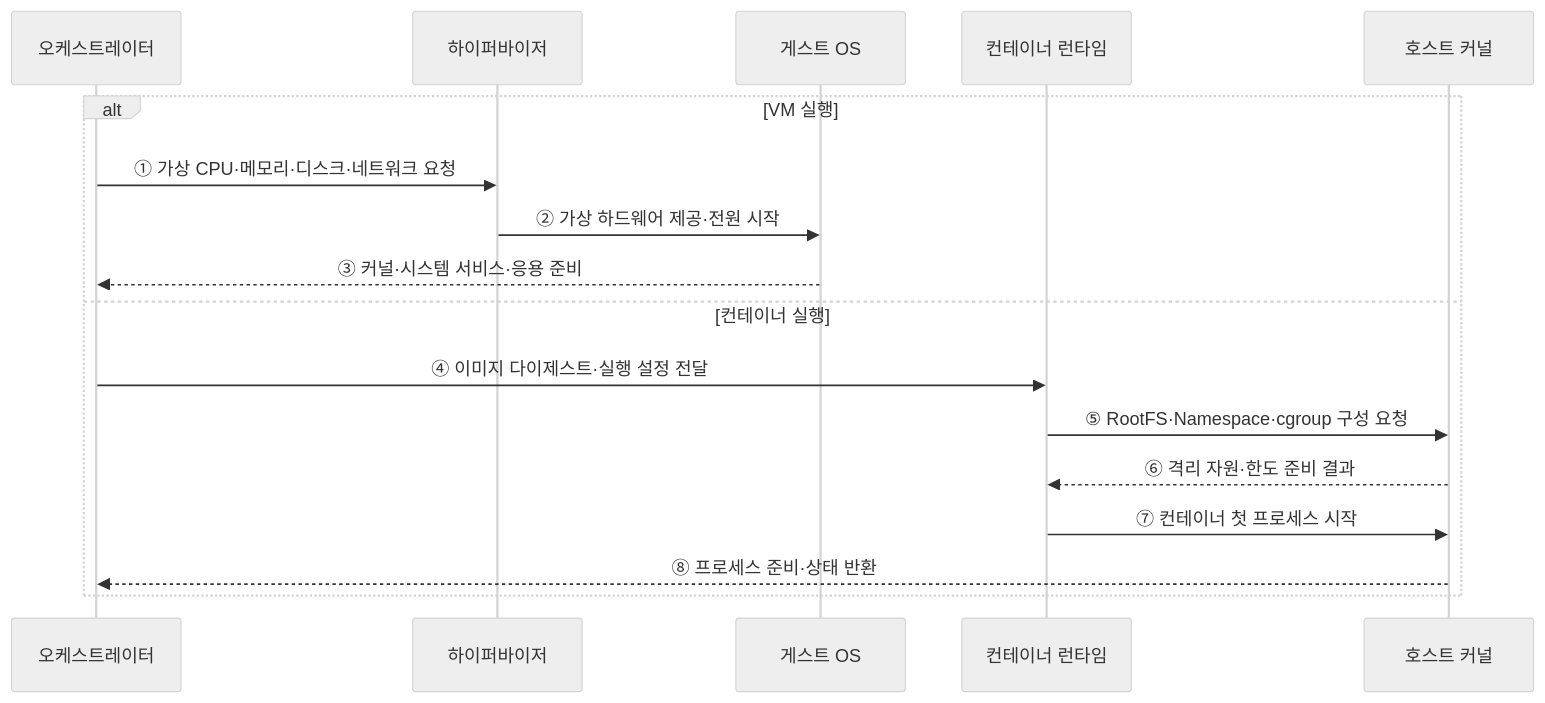
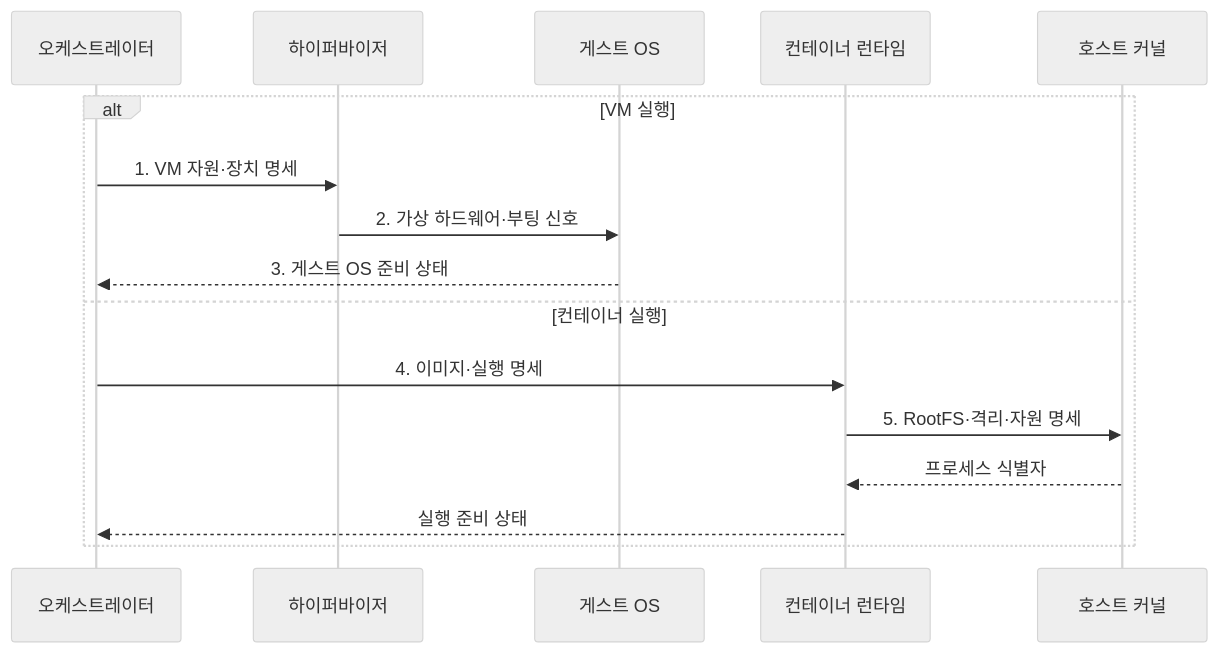
The second of 2 diagrams in src/content/docs/notes/03-software/151_vm_vs_container.md (agnusdei1207/knowledge-base), drawn with Mermaid (neutral theme) before and after one commit. The commit also changed other lines of this file and 20 other files, not shown here.

````diff
--- a/src/content/docs/notes/03-software/151_vm_vs_container.md
+++ b/src/content/docs/notes/03-software/151_vm_vs_container.md
@@ -71,19 +80,18 @@
 ```mermaid
 sequenceDiagram
     participant O as 오케스트레이터
     participant H as 하이퍼바이저
     participant V as 게스트 OS
     participant R as 컨테이너 런타임
     participant K as 호스트 커널
     alt VM 실행
-        O->>H: ① 가상 CPU·메모리·디스크·네트워크 요청
-        H->>V: ② 가상 하드웨어 제공·전원 시작
-        V-->>O: ③ 커널·시스템 서비스·응용 준비
+        O->>H: 1. VM 자원·장치 명세
+        H->>V: 2. 가상 하드웨어·부팅 신호
+        V-->>O: 3. 게스트 OS 준비 상태
     else 컨테이너 실행
-        O->>R: ④ 이미지 다이제스트·실행 설정 전달
-        R->>K: ⑤ RootFS·Namespace·cgroup 구성 요청
-        K-->>R: ⑥ 격리 자원·한도 준비 결과
-        R->>K: ⑦ 컨테이너 첫 프로세스 시작
-        K-->>O: ⑧ 프로세스 준비·상태 반환
+        O->>R: 4. 이미지·실행 명세
+        R->>K: 5. RootFS·격리·자원 명세
+        K-->>R: 프로세스 식별자
+        R-->>O: 실행 준비 상태
     end
 ```
````
